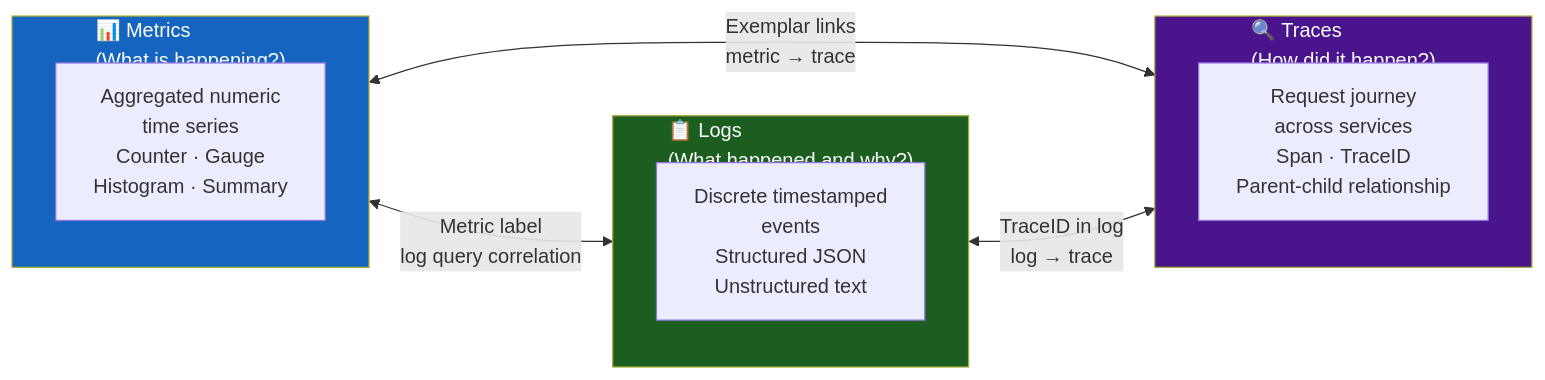
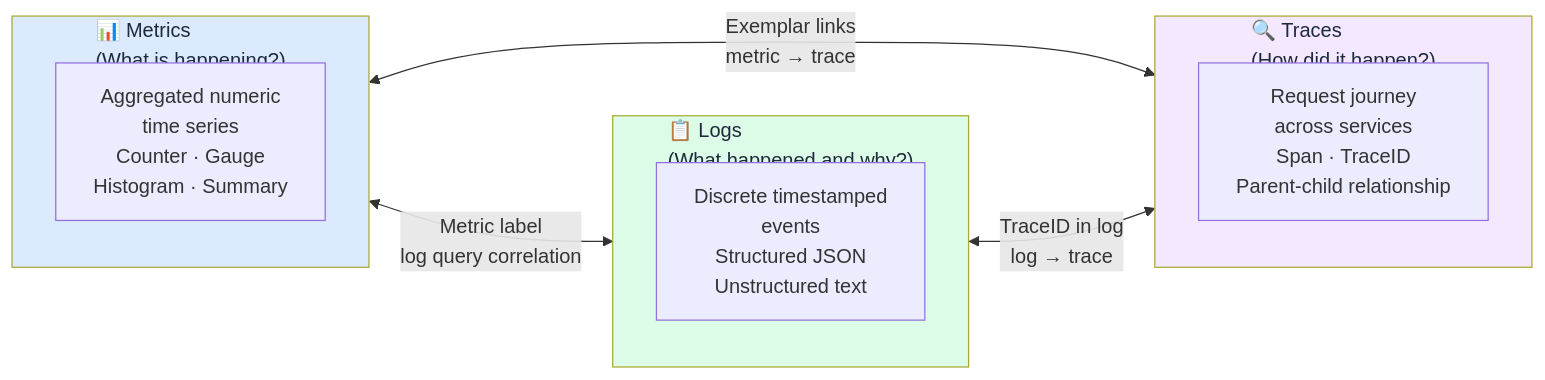
One commit to XUanhoa04/aiops-engineering-handbook changed the second of 9 diagrams in docs/en/01-observability/README.md. Above: the diagram before and after it, drawn with Mermaid. The commit also changed other lines of this file and 39 other files, not shown here.

First line of the commit message:
docs: concept-first Ch.08-12, collapse code, soft Mermaid colors

````diff
--- a/docs/en/01-observability/README.md
+++ b/docs/en/01-observability/README.md
@@ -100,22 +100,22 @@
 ```mermaid
 graph LR
     subgraph Metrics["📊 Metrics\n(What is happening?)"]
         M[Aggregated numeric\ntime series\nCounter · Gauge\nHistogram · Summary]
     end
 
     subgraph Logs["📋 Logs\n(What happened and why?)"]
         L[Discrete timestamped\nevents\nStructured JSON\nUnstructured text]
     end
 
     subgraph Traces["🔍 Traces\n(How did it happen?)"]
         T[Request journey\nacross services\nSpan · TraceID\nParent-child relationship]
     end
 
     Metrics <-->|Exemplar links\nmetric → trace| Traces
     Logs <-->|TraceID in log\nlog → trace| Traces
     Metrics <-->|Metric label\nlog query correlation| Logs
 
-    style Metrics fill:#1565c0,color:#fff
-    style Logs fill:#1b5e20,color:#fff
-    style Traces fill:#4a148c,color:#fff
+    style Metrics fill:#dbeafe,color:#1e293b
+    style Logs fill:#dcfce7,color:#1e293b
+    style Traces fill:#f3e8ff,color:#1e293b
 ```
````
